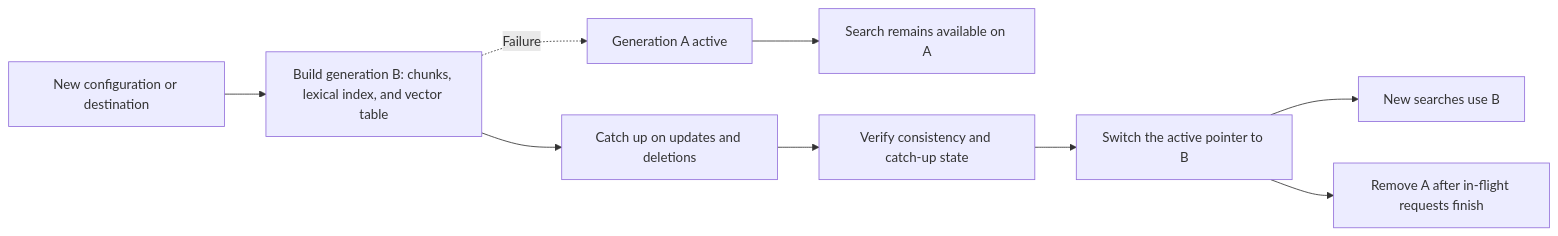
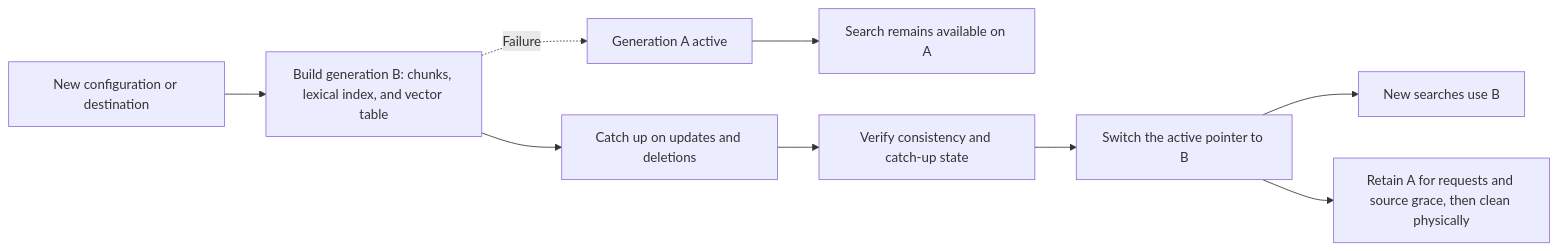
The fourth of 5 diagrams in docs/rag-implementation-plan.md (SimonLoir/vectorix), drawn with Mermaid before and after one commit. The commit also changed other lines of this file and 60 other files, not shown here.

````diff
--- a/docs/rag-implementation-plan.md
+++ b/docs/rag-implementation-plan.md
@@ -154,11 +156,11 @@
 ```mermaid
 flowchart LR
     LIVE["Generation A active"] --> SERVE["Search remains available on A"]
     CHANGE["New configuration or destination"] --> BUILD["Build generation B: chunks, lexical index, and vector table"]
     BUILD --> SYNC["Catch up on updates and deletions"]
     SYNC --> CHECK["Verify consistency and catch-up state"]
     CHECK --> SWITCH["Switch the active pointer to B"]
     SWITCH --> NEW["New searches use B"]
-    SWITCH --> OLD["Remove A after in-flight requests finish"]
+    SWITCH --> OLD["Retain A for requests and source grace, then clean physically"]
     BUILD -. "Failure" .-> LIVE
 ```
````
